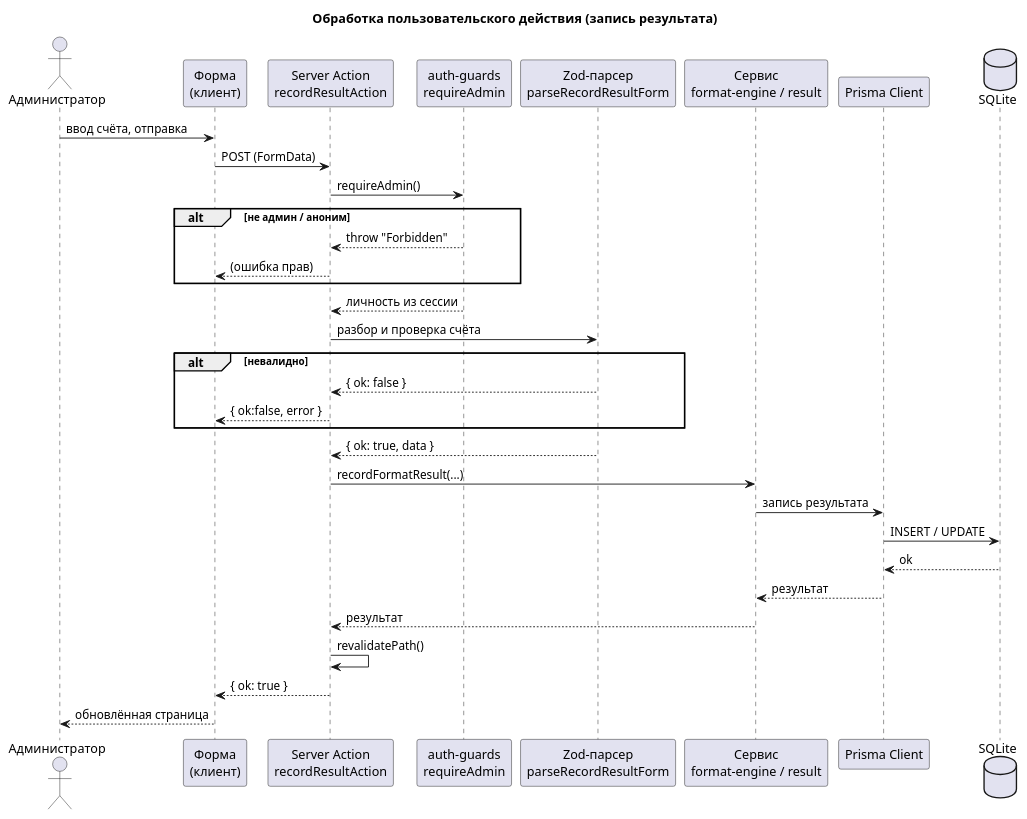
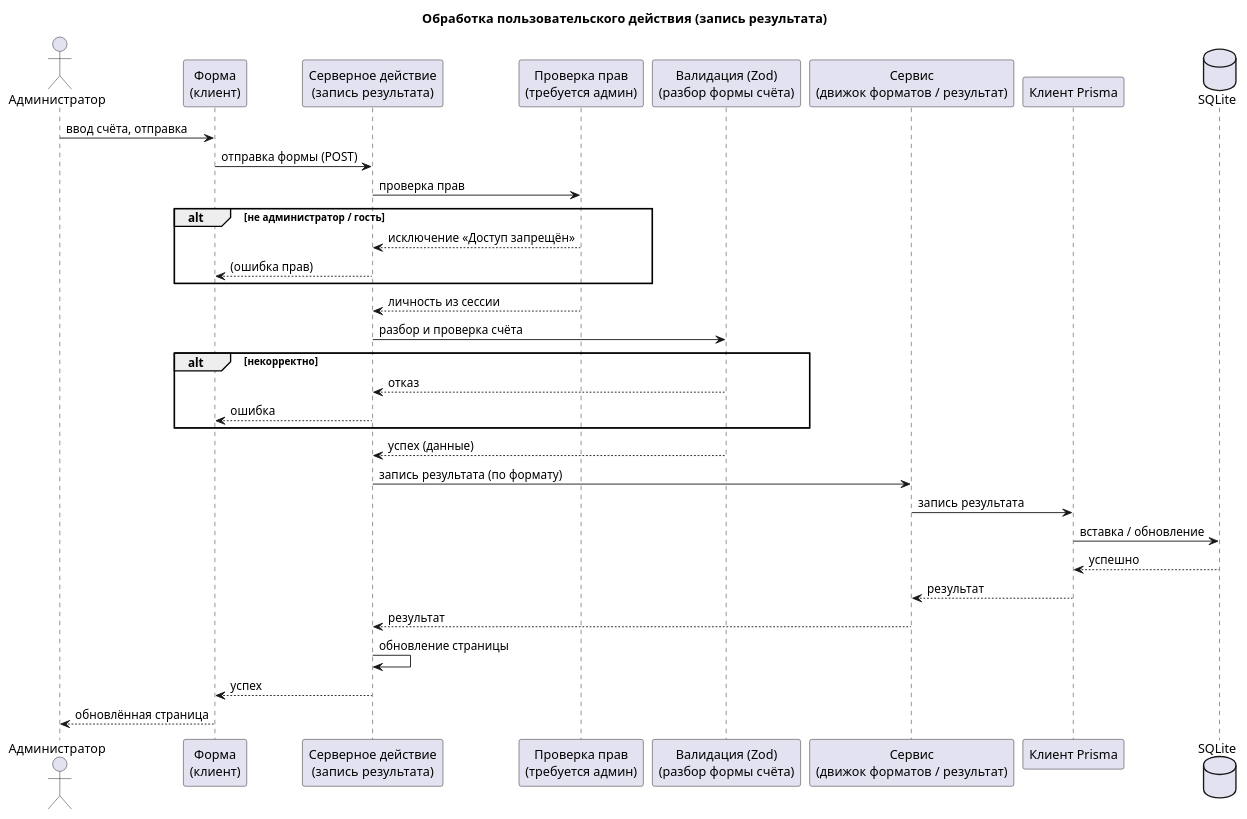
The diagram in docs/diagrams/03-obrabotka-zapisi.puml (memekas/diplom), drawn with PlantUML before and after one commit. The commit also changed 36 other files, not shown here.

First line of the commit message:
docs: Russian diagram labels + UI screenshots

```diff
--- a/docs/diagrams/03-obrabotka-zapisi.puml
+++ b/docs/diagrams/03-obrabotka-zapisi.puml
@@ -1,41 +1,41 @@
 @startuml seq-write
 title Обработка пользовательского действия (запись результата)
 
 actor "Администратор" as Admin
 participant "Форма\n(клиент)" as Form
-participant "Server Action\nrecordResultAction" as Action
-participant "auth-guards\nrequireAdmin" as Auth
-participant "Zod-парсер\nparseRecordResultForm" as Zod
-participant "Сервис\nformat-engine / result" as Svc
-participant "Prisma Client" as Prisma
+participant "Серверное действие\n(запись результата)" as Action
+participant "Проверка прав\n(требуется админ)" as Auth
+participant "Валидация (Zod)\n(разбор формы счёта)" as Zod
+participant "Сервис\n(движок форматов / результат)" as Svc
+participant "Клиент Prisma" as Prisma
 database "SQLite" as DB
 
 Admin -> Form : ввод счёта, отправка
-Form -> Action : POST (FormData)
+Form -> Action : отправка формы (POST)
 
-Action -> Auth : requireAdmin()
-alt не админ / аноним
-  Auth --> Action : throw "Forbidden"
+Action -> Auth : проверка прав
+alt не администратор / гость
+  Auth --> Action : исключение «Доступ запрещён»
   Action --> Form : (ошибка прав)
 end
 Auth --> Action : личность из сессии
 
 Action -> Zod : разбор и проверка счёта
-alt невалидно
-  Zod --> Action : { ok: false }
-  Action --> Form : { ok:false, error }
+alt некорректно
+  Zod --> Action : отказ
+  Action --> Form : ошибка
 end
-Zod --> Action : { ok: true, data }
+Zod --> Action : успех (данные)
 
-Action -> Svc : recordFormatResult(...)
+Action -> Svc : запись результата (по формату)
 Svc -> Prisma : запись результата
-Prisma -> DB : INSERT / UPDATE
-DB --> Prisma : ok
+Prisma -> DB : вставка / обновление
+DB --> Prisma : успешно
 Prisma --> Svc : результат
 Svc --> Action : результат
 
-Action -> Action : revalidatePath()
-Action --> Form : { ok: true }
+Action -> Action : обновление страницы
+Action --> Form : успех
 Form --> Admin : обновлённая страница
 
 @enduml
```
